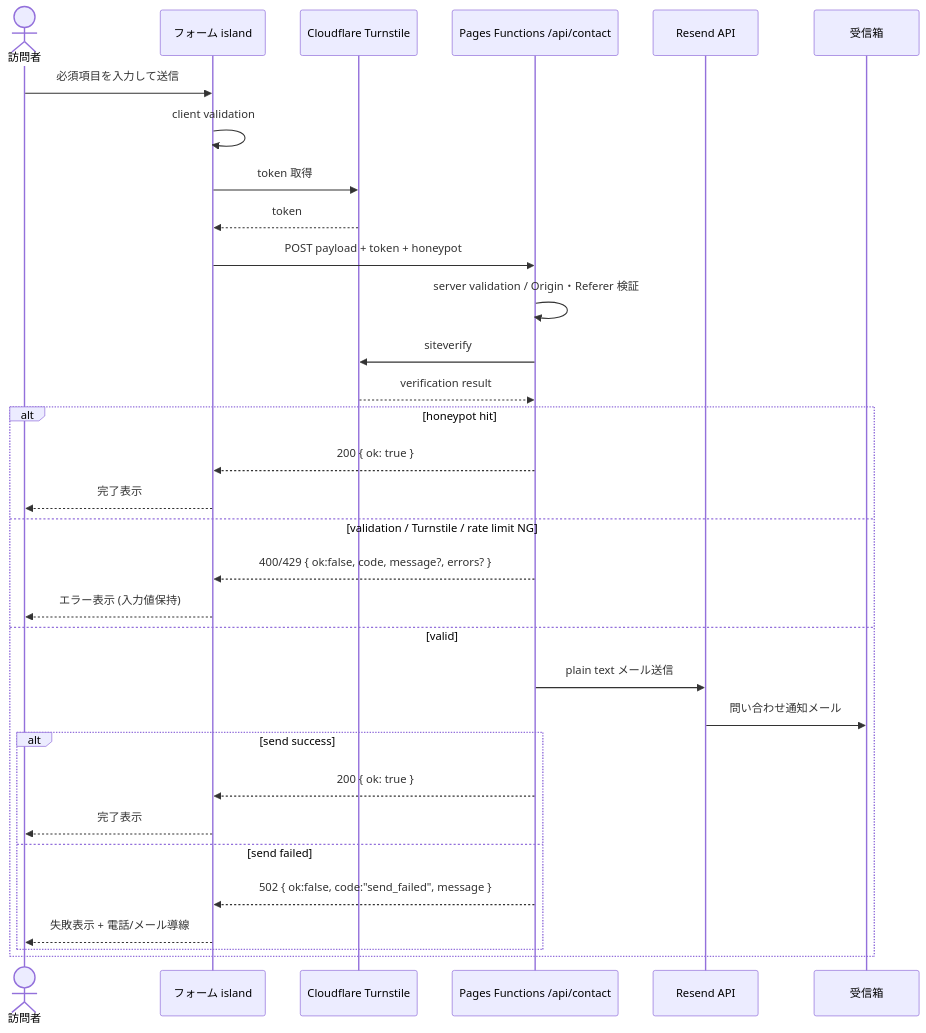
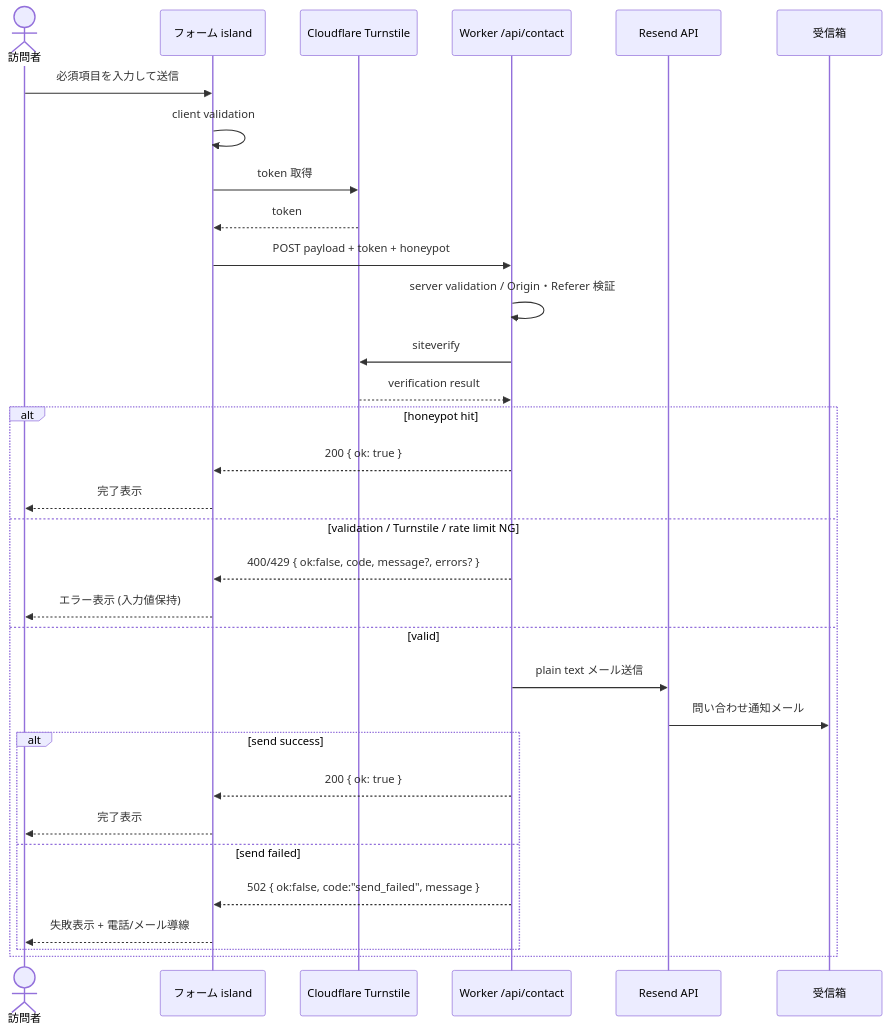
Before and after one commit to Fukuemon/kufu-apps: the second of 5 diagrams in design/features/corporate-site/DesignDoc_corporate-site.md, drawn with Mermaid. The commit also changed other lines of this file and 8 other files, not shown here.

````diff
--- a/design/features/corporate-site/DesignDoc_corporate-site.md
+++ b/design/features/corporate-site/DesignDoc_corporate-site.md
@@ -166,35 +167,35 @@
 ```mermaid
 sequenceDiagram
     actor User as 訪問者
     participant Island as フォーム island
     participant TS as Cloudflare Turnstile
-    participant Fn as Pages Functions /api/contact
+    participant Fn as Worker /api/contact
     participant Resend as Resend API
     participant Mail as 受信箱
 
     User->>Island: 必須項目を入力して送信
     Island->>Island: client validation
     Island->>TS: token 取得
     TS-->>Island: token
     Island->>Fn: POST payload + token + honeypot
     Fn->>Fn: server validation / Origin・Referer 検証
     Fn->>TS: siteverify
     TS-->>Fn: verification result
     alt honeypot hit
         Fn-->>Island: 200 { ok: true }
         Island-->>User: 完了表示
     else validation / Turnstile / rate limit NG
         Fn-->>Island: 400/429 { ok:false, code, message?, errors? }
         Island-->>User: エラー表示 (入力値保持)
     else valid
         Fn->>Resend: plain text メール送信
         Resend->>Mail: 問い合わせ通知メール
         alt send success
             Fn-->>Island: 200 { ok: true }
             Island-->>User: 完了表示
         else send failed
             Fn-->>Island: 502 { ok:false, code:"send_failed", message }
             Island-->>User: 失敗表示 + 電話/メール導線
         end
     end
 ```
````
